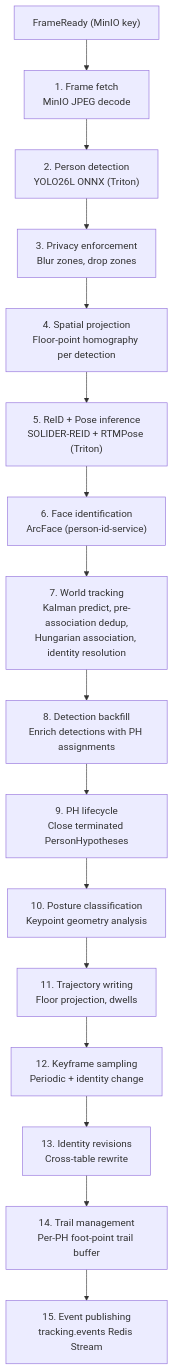
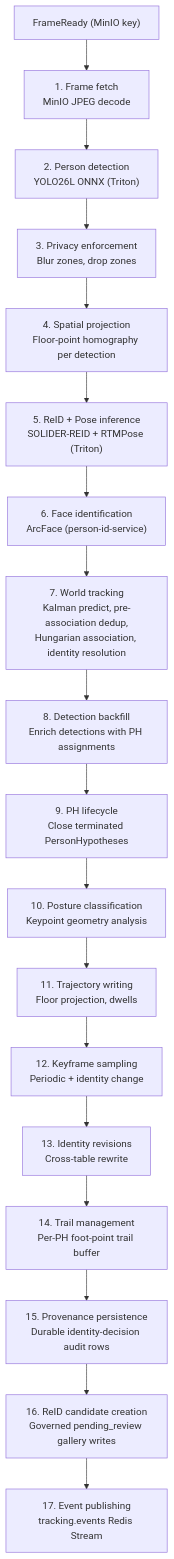
One commit to SilverMind-Project/SilverMind-Project.github.io changed the first of 2 diagrams in docs/features/continuous-tracking/frame-pipeline.md. Above: the diagram before and after it, drawn with Mermaid. The commit also changed other lines of this file and 6 other files, not shown here.

````diff
--- a/docs/features/continuous-tracking/frame-pipeline.md
+++ b/docs/features/continuous-tracking/frame-pipeline.md
@@ -5,35 +5,39 @@
 ```mermaid
 flowchart TB
     FrameReady["FrameReady (MinIO key)"]
     Fetch["1. Frame fetch\nMinIO JPEG decode"]
     Detect["2. Person detection\nYOLO26L ONNX (Triton)"]
     Privacy["3. Privacy enforcement\nBlur zones, drop zones"]
     Spatial["4. Spatial projection\nFloor-point homography per detection"]
     Inference["5. ReID + Pose inference\nSOLIDER-REID + RTMPose (Triton)"]
     FaceID["6. Face identification\nArcFace (person-id-service)"]
     World["7. World tracking\nKalman predict, pre-association dedup,\nHungarian association, identity resolution"]
     Backfill["8. Detection backfill\nEnrich detections with PH assignments"]
     ClosePH["9. PH lifecycle\nClose terminated PersonHypotheses"]
     Posture["10. Posture classification\nKeypoint geometry analysis"]
     Trajectory["11. Trajectory writing\nFloor projection, dwells"]
     Keyframe["12. Keyframe sampling\nPeriodic + identity change"]
     Revisions["13. Identity revisions\nCross-table rewrite"]
     Trails["14. Trail management\nPer-PH foot-point trail buffer"]
-    Publish["15. Event publishing\ntracking.events Redis Stream"]
+    Provenance["15. Provenance persistence\nDurable identity-decision audit rows"]
+    ReIDCandidate["16. ReID candidate creation\nGoverned pending_review gallery writes"]
+    Publish["17. Event publishing\ntracking.events Redis Stream"]
 
     FrameReady --> Fetch
     Fetch --> Detect
     Detect --> Privacy
     Privacy --> Spatial
     Spatial --> Inference
     Inference --> FaceID
     FaceID --> World
     World --> Backfill
     Backfill --> ClosePH
     ClosePH --> Posture
     Posture --> Trajectory
     Trajectory --> Keyframe
     Keyframe --> Revisions
     Revisions --> Trails
-    Trails --> Publish
+    Trails --> Provenance
+    Provenance --> ReIDCandidate
+    ReIDCandidate --> Publish
 ```
````
